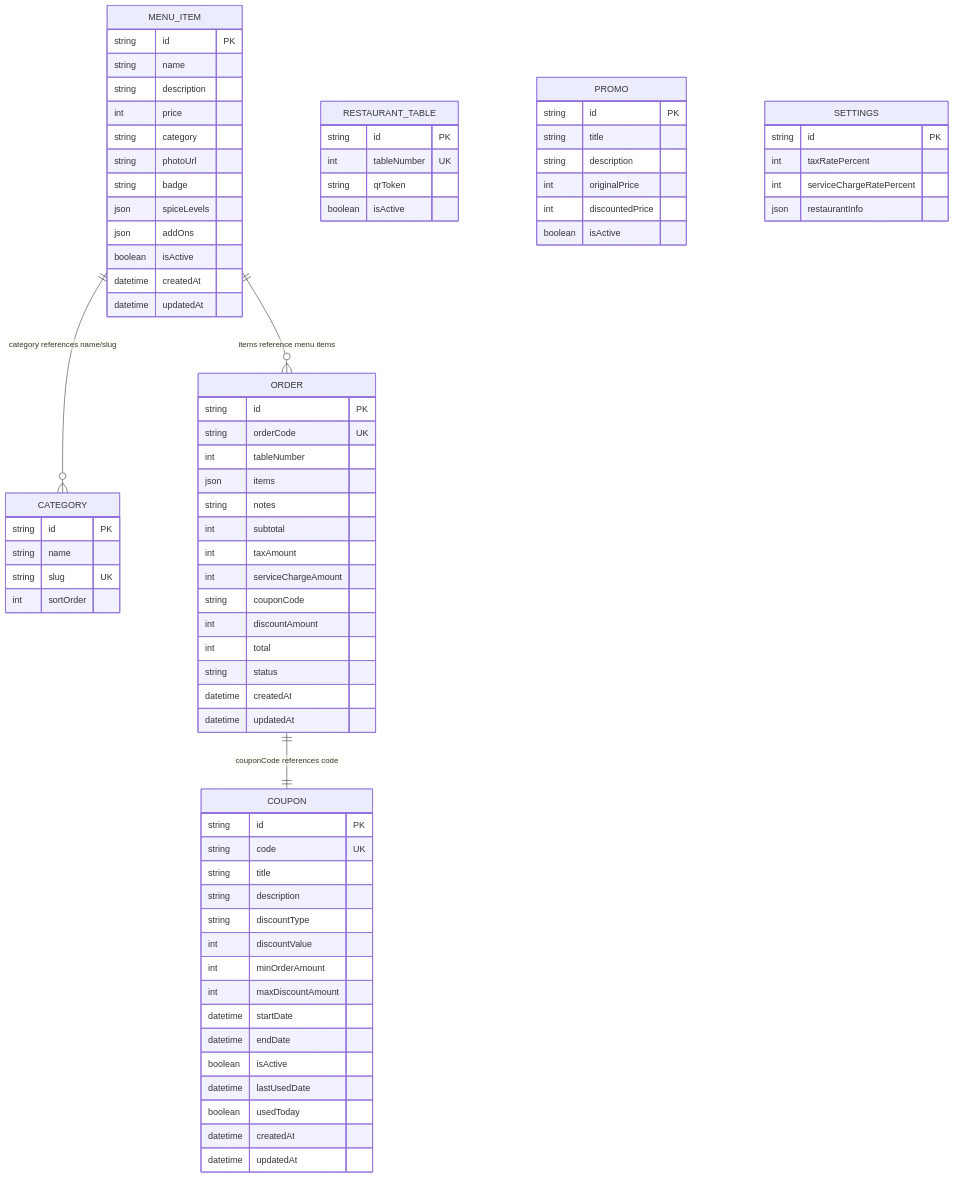
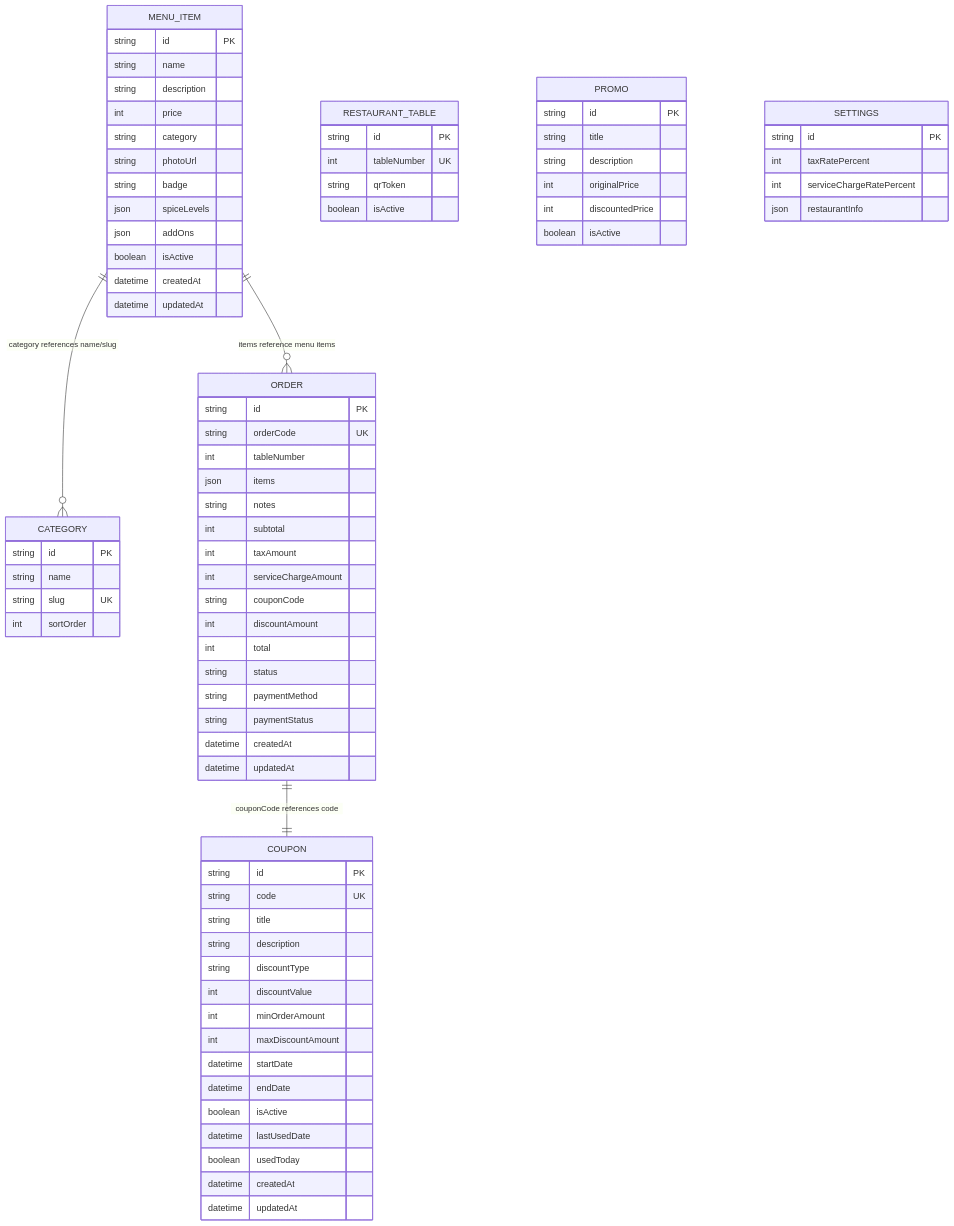
The second of 4 diagrams in .qoder/repowiki/en/content/Architecture Overview/Backend Architecture/Database Layer/Database Schema Design.md (Ice-Nao-Eevee/Tera_Work), drawn with Mermaid before and after one commit. The commit also changed other lines of this file and 55 other files, not shown here.

````diff
--- a/.qoder/repowiki/en/content/Architecture Overview/Backend Architecture/Database Layer/Database Schema Design.md
+++ b/.qoder/repowiki/en/content/Architecture Overview/Backend Architecture/Database Layer/Database Schema Design.md
@@ -114,79 +130,81 @@
 ```mermaid
 erDiagram
 CATEGORY {
 string id PK
 string name
 string slug UK
 int sortOrder
 }
 MENU_ITEM {
 string id PK
 string name
 string description
 int price
 string category
 string photoUrl
 string badge
 json spiceLevels
 json addOns
 boolean isActive
 datetime createdAt
 datetime updatedAt
 }
 RESTAURANT_TABLE {
 string id PK
 int tableNumber UK
 string qrToken
 boolean isActive
 }
 PROMO {
 string id PK
 string title
 string description
 int originalPrice
 int discountedPrice
 boolean isActive
 }
 ORDER {
 string id PK
 string orderCode UK
 int tableNumber
 json items
 string notes
 int subtotal
 int taxAmount
 int serviceChargeAmount
 string couponCode
 int discountAmount
 int total
 string status
+string paymentMethod
+string paymentStatus
 datetime createdAt
 datetime updatedAt
 }
 COUPON {
 string id PK
 string code UK
 string title
 string description
 string discountType
 int discountValue
 int minOrderAmount
 int maxDiscountAmount
 datetime startDate
 datetime endDate
 boolean isActive
 datetime lastUsedDate
 boolean usedToday
 datetime createdAt
 datetime updatedAt
 }
 SETTINGS {
 string id PK
 int taxRatePercent
 int serviceChargeRatePercent
 json restaurantInfo
 }
 MENU_ITEM ||--o{ ORDER : "items reference menu items"
 ORDER ||--|| COUPON : "couponCode references code"
 MENU_ITEM ||--o{ CATEGORY : "category references name/slug"
 ```
````
